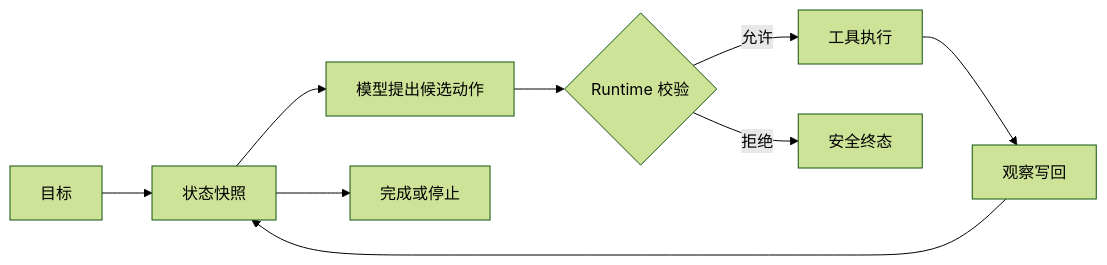
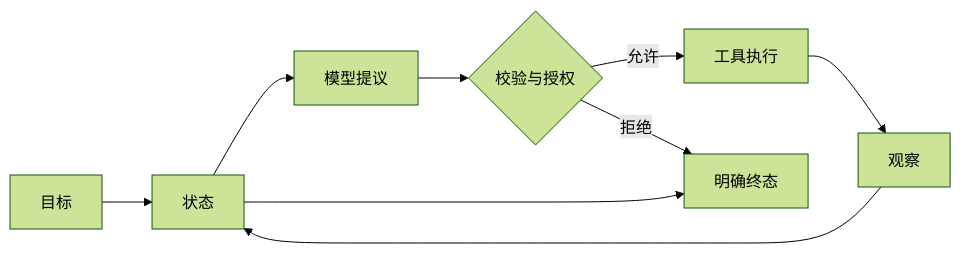
The diagram in docs/ai-agent/agent-essence-autonomy-boundaries.md (upJiang/jiang-blog-vitepress), drawn with Mermaid (forest theme) before and after one commit. The commit also changed other lines of this file and 365 other files, not shown here.

````diff
--- a/docs/ai-agent/agent-essence-autonomy-boundaries.md
+++ b/docs/ai-agent/agent-essence-autonomy-boundaries.md
@@ -34,11 +26,11 @@
 ```mermaid
 flowchart LR
-  A[目标] --> B[状态快照]
-  B --> C[模型提出候选动作]
-  C --> D{Runtime 校验}
-  D -->|允许| E[工具执行]
-  D -->|拒绝| F[安全终态]
-  E --> G[观察写回]
-  G --> B
-  B --> H[完成或停止]
+  G[目标] --> S[状态]
+  S --> M[模型提议]
+  M --> V{校验与授权}
+  V -->|允许| T[工具执行]
+  T --> O[观察]
+  O --> S
+  V -->|拒绝| E[明确终态]
+  S --> E
 ```
````
